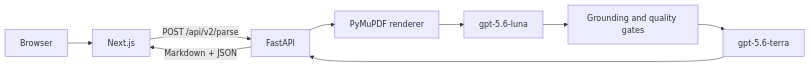
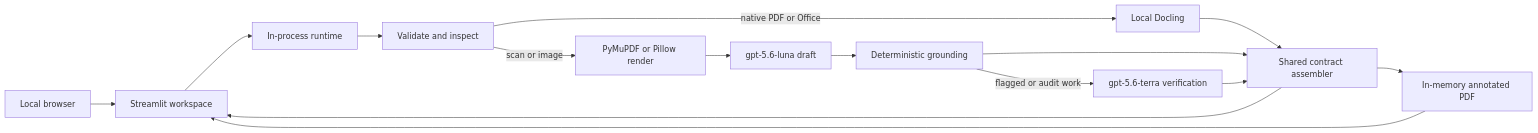
The diagram in docs/ARCHITECTURE.md (pypi-ahmad/Agentic-Document-Extraction), drawn with Mermaid before and after one commit. The commit also changed other lines of this file and 305 other files, not shown here.

First line of the commit message:
feat: rebuild Paperplane as a local Streamlit extractor

````diff
--- a/docs/ARCHITECTURE.md
+++ b/docs/ARCHITECTURE.md
@@ -6,11 +7,17 @@
 ```mermaid
 flowchart LR
-    User[Browser] --> UI[Next.js]
-    UI -->|POST /api/v2/parse| API[FastAPI]
-    API --> Render[PyMuPDF renderer]
-    Render --> Draft[gpt-5.6-luna]
-    Draft --> Ground[Grounding and quality gates]
-    Ground --> Verify[gpt-5.6-terra]
-    Verify --> API
-    API -->|Markdown + JSON| UI
+    User[Local browser] --> UI[Streamlit workspace]
+    UI --> Runtime[In-process runtime]
+    Runtime --> Inspect[Validate and inspect]
+    Inspect -->|native PDF or Office| Docling[Local Docling]
+    Inspect -->|scan or image| Render[PyMuPDF or Pillow render]
+    Render --> Luna[gpt-5.6-luna draft]
+    Luna --> Ground[Deterministic grounding]
+    Ground -->|flagged or audit work| Terra[gpt-5.6-terra verification]
+    Docling --> Assemble[Shared contract assembler]
+    Ground --> Assemble
+    Terra --> Assemble
+    Assemble --> Evidence[In-memory annotated PDF]
+    Assemble --> UI
+    Evidence --> UI
 ```
````
